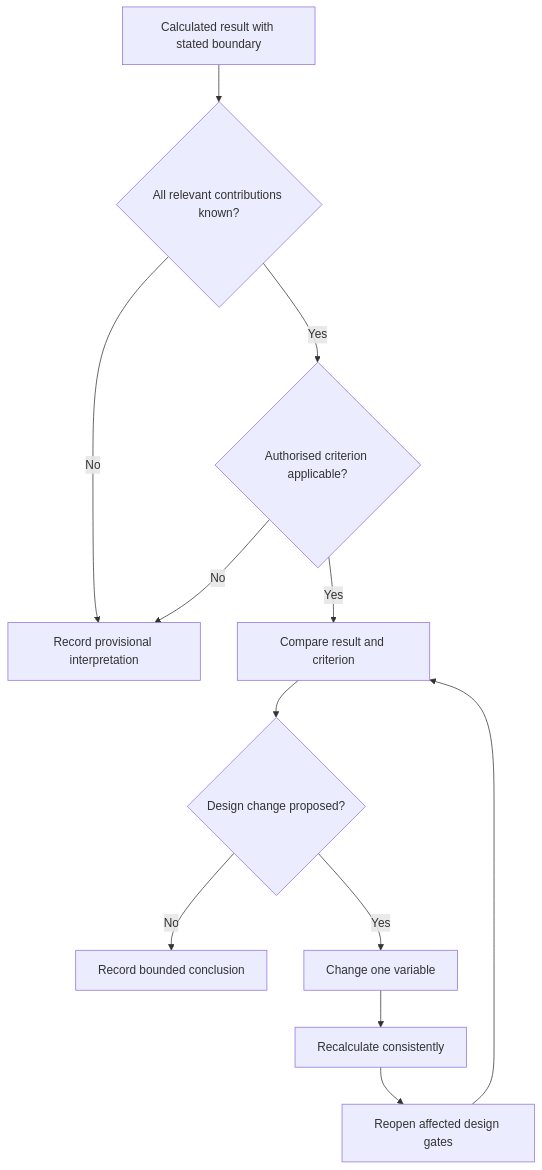
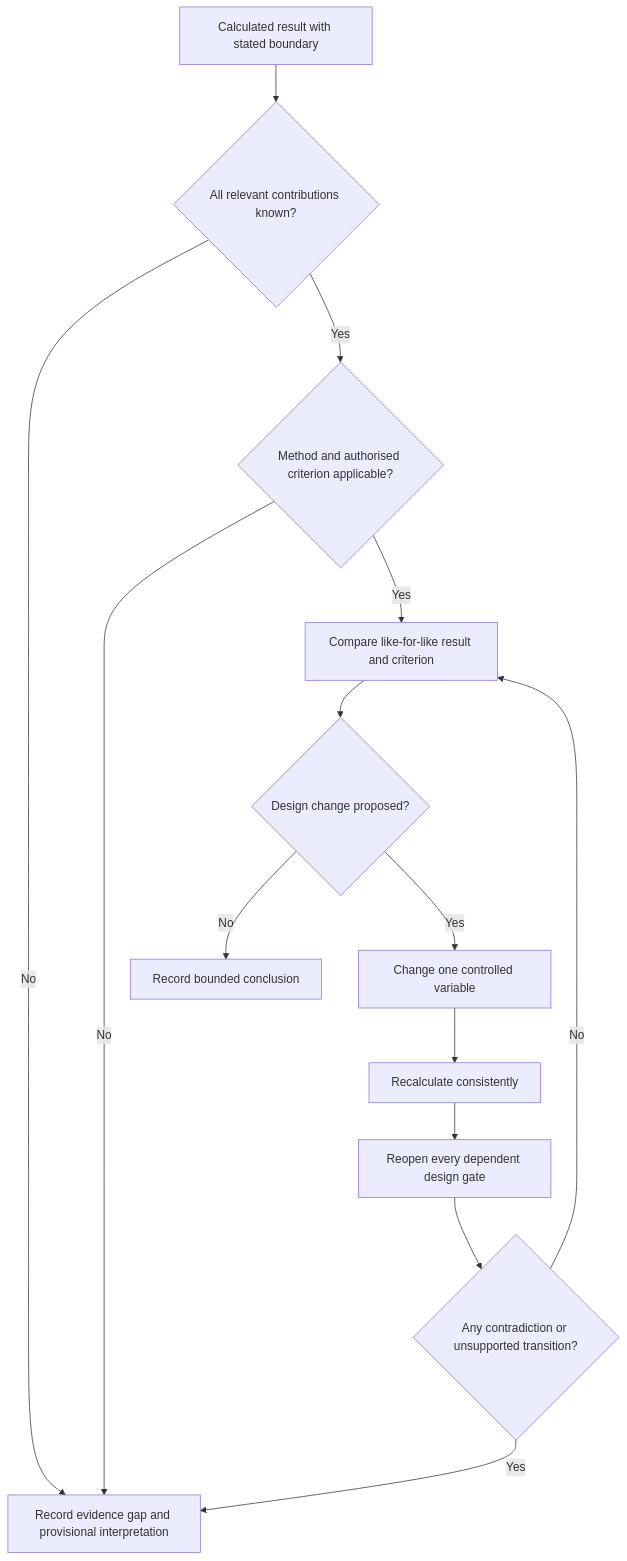
One commit to andrew3stedall/capstone changed the first of 3 diagrams in docs/learning-plans/12-week/modules/day-30-voltage-drop-interpretation-and-design-iteration.md. Above: the diagram before and after it, drawn with Mermaid. The commit also changed other lines of this file, not shown here.

Commit message:
Improve Day 30 voltage-drop interpretation module

````diff
--- a/docs/learning-plans/12-week/modules/day-30-voltage-drop-interpretation-and-design-iteration.md
+++ b/docs/learning-plans/12-week/modules/day-30-voltage-drop-interpretation-and-design-iteration.md
@@ -78,14 +115,16 @@
 ```mermaid
 flowchart TD
     A["Calculated result with stated boundary"] --> B{"All relevant contributions known?"}
-    B -->|"No"| C["Record provisional interpretation"]
-    B -->|"Yes"| D{"Authorised criterion applicable?"}
+    B -->|"No"| C["Record evidence gap and provisional interpretation"]
+    B -->|"Yes"| D{"Method and authorised criterion applicable?"}
     D -->|"No"| C
-    D -->|"Yes"| E["Compare result and criterion"]
+    D -->|"Yes"| E["Compare like-for-like result and criterion"]
     E --> F{"Design change proposed?"}
     F -->|"No"| G["Record bounded conclusion"]
-    F -->|"Yes"| H["Change one variable"]
+    F -->|"Yes"| H["Change one controlled variable"]
     H --> I["Recalculate consistently"]
-    I --> J["Reopen affected design gates"]
-    J --> E
+    I --> J["Reopen every dependent design gate"]
+    J --> K{"Any contradiction or unsupported transition?"}
+    K -->|"Yes"| C
+    K -->|"No"| E
 ```
````
